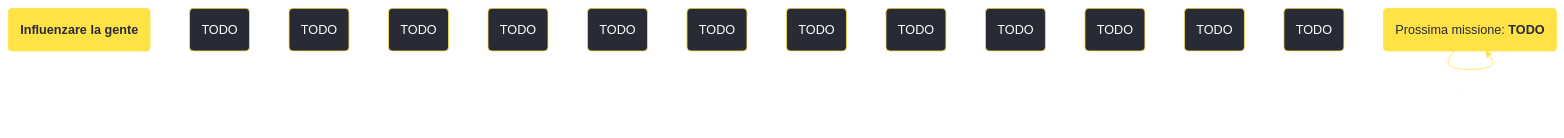
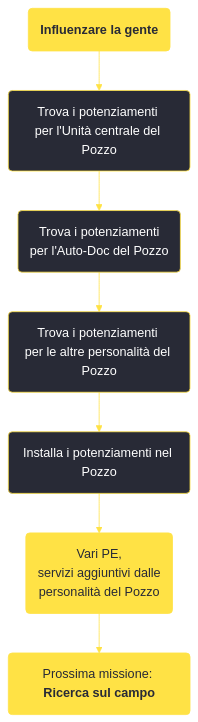
The diagram in content/voci/fallout new vegas/missioni/Influenzare la gente.md (persy/wastelander), drawn with Mermaid before and after one commit. The commit also changed 174 other files, not shown here.

````diff
--- a/content/voci/fallout new vegas/missioni/Influenzare la gente.md
+++ b/content/voci/fallout new vegas/missioni/Influenzare la gente.md
@@ -32,24 +32,17 @@
 ```mermaid
 %%{init: {'theme': 'base', 'themeVariables': { 'primaryColor': '#282a36', 'primaryBorderColor': '#ffe245', 'primaryTextColor': '#fff', 'lineColor': '#ffe245', 'fontFamily': 'Jura'}}}%%
 graph TD;
     id1(<b>Influenzare la gente</b>):::questfnv
-    id2(TODO)
-    id3(TODO)
-    id4(TODO)
-    id5(TODO)
-    id6(TODO)
-    id7(TODO) 
-    id8(TODO)
-    id9(TODO)
-    id10(TODO)
-    id11(TODO)
-    id12(TODO)
-    id13(TODO) 
-    id(TODO):::rewardfnv
-    id(Prossima missione: <b>TODO</b>):::questfnv
-    id-->id-->id-->id-->id-->id-->id
+    id2(Trova i potenziamenti <br />per l'Unità centrale del Pozzo)
+    id3(Trova i potenziamenti <br />per l'Auto-Doc del Pozzo)
+    id4(Trova i potenziamenti <br />per le altre personalità del Pozzo)
+    id5(Installa i potenziamenti nel Pozzo)
+    id6(Vari PE, <br />servizi aggiuntivi dalle <br />personalità del Pozzo):::rewardfnv
+    id7(Prossima missione: <b>Ricerca sul campo</b>):::questfnv
     
-    click id "../TODO"
+    id1-->id2-->id3-->id4-->id5-->id6-->id7
+    
+    click id7 "../ricerca-sul-campo"
     classDef rewardfnv fill:#ffe245, stroke:#ffe245, color:#282a36;
     classDef questfnv fill:#ffe245, stroke:#ffe245, color:#282a36;
 ```
````
